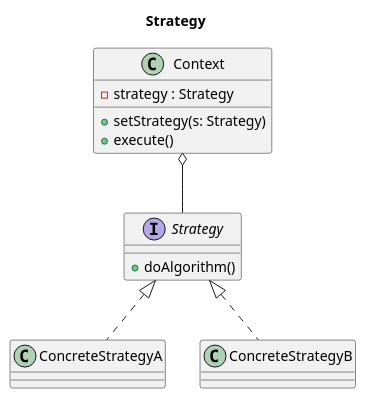
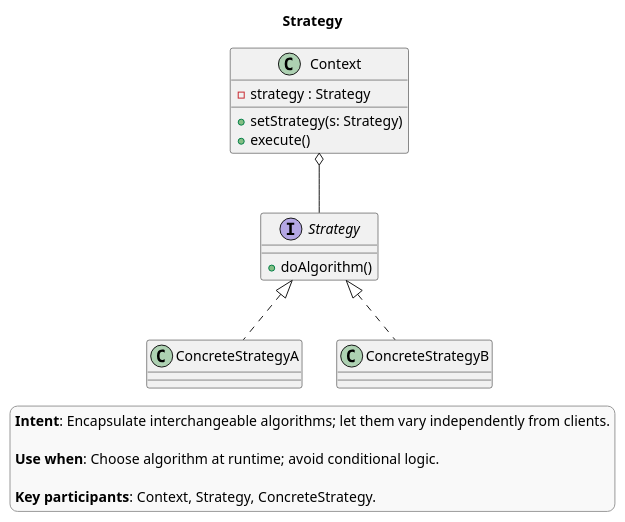
One commit to AkselErenberk/design-patterns changed the diagram in theory/behavioral/strategy/class.puml. Above: the diagram before and after it, drawn with PlantUML. The commit also changed 26 other files, not shown here.

Commit message:
design pattern class diagrams

```diff
--- a/theory/behavioral/strategy/class.puml
+++ b/theory/behavioral/strategy/class.puml
@@ -1,20 +1,31 @@
 @startuml
 title Strategy
+
+skinparam legendBackgroundColor #f9f9f9
+skinparam legendBorderColor #999999
+
+legend right
+**Intent**: Encapsulate interchangeable algorithms; let them vary independently from clients.
+
+**Use when**: Choose algorithm at runtime; avoid conditional logic.
+
+**Key participants**: Context, Strategy, ConcreteStrategy.
+endlegend
 
 class Context {
   -strategy : Strategy
   +setStrategy(s: Strategy)
   +execute()
 }
 
 interface Strategy {
   +doAlgorithm()
 }
 
 class ConcreteStrategyA
 class ConcreteStrategyB
 
 Strategy <|.. ConcreteStrategyA
 Strategy <|.. ConcreteStrategyB
 Context o-- Strategy
 @enduml
```
